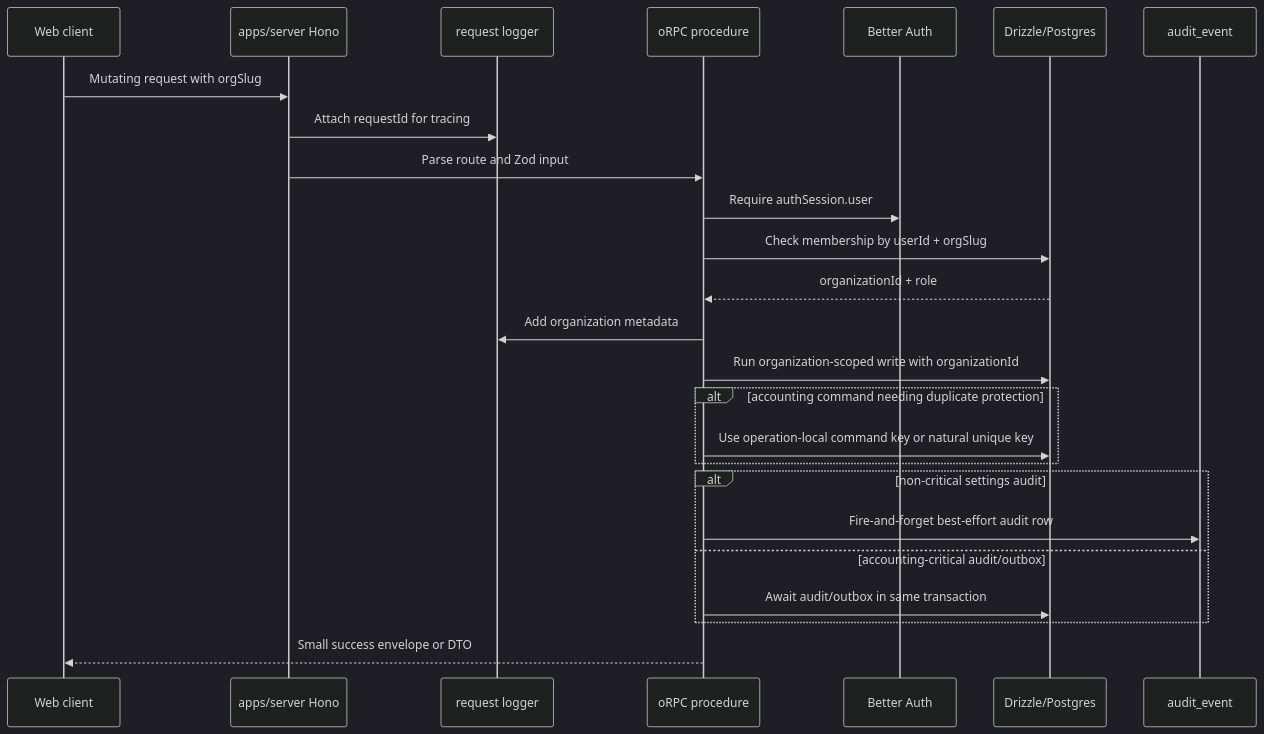
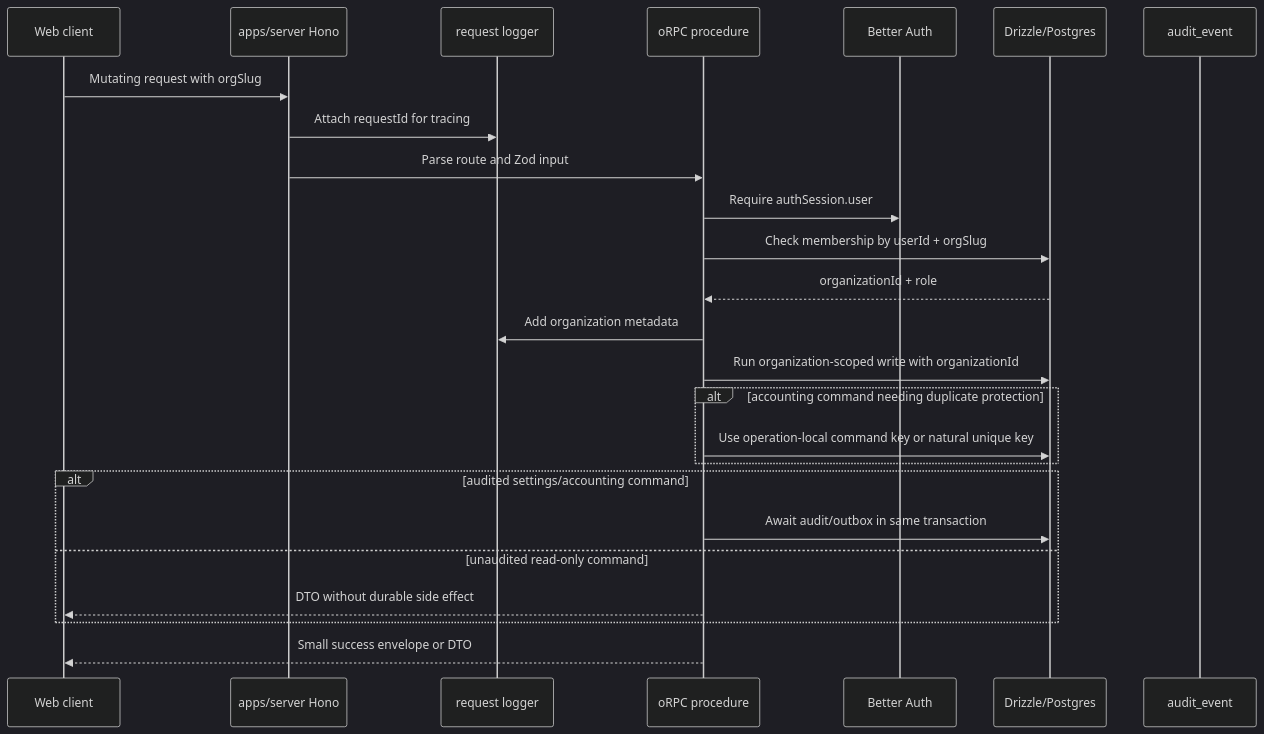
The third of 6 diagrams in docs/architecture.md (isherbuilds/edernal-books), drawn with Mermaid (dark theme) before and after one commit. The commit also changed other lines of this file and 95 other files, not shown here.

````diff
--- a/docs/architecture.md
+++ b/docs/architecture.md
@@ -113,28 +113,28 @@
 ```mermaid
 sequenceDiagram
   participant Client as Web client
   participant Hono as apps/server Hono
   participant Log as request logger
   participant API as oRPC procedure
   participant Auth as Better Auth
   participant DB as Drizzle/Postgres
   participant Audit as audit_event
 
   Client->>Hono: Mutating request with orgSlug
   Hono->>Log: Attach requestId for tracing
   Hono->>API: Parse route and Zod input
   API->>Auth: Require authSession.user
   API->>DB: Check membership by userId + orgSlug
   DB-->>API: organizationId + role
   API->>Log: Add organization metadata
   API->>DB: Run organization-scoped write with organizationId
   alt accounting command needing duplicate protection
     API->>DB: Use operation-local command key or natural unique key
   end
-  alt non-critical settings audit
-    API->>Audit: Fire-and-forget best-effort audit row
-  else accounting-critical audit/outbox
+  alt audited settings/accounting command
     API->>DB: Await audit/outbox in same transaction
+  else unaudited read-only command
+    API-->>Client: DTO without durable side effect
   end
   API-->>Client: Small success envelope or DTO
 ```
````
